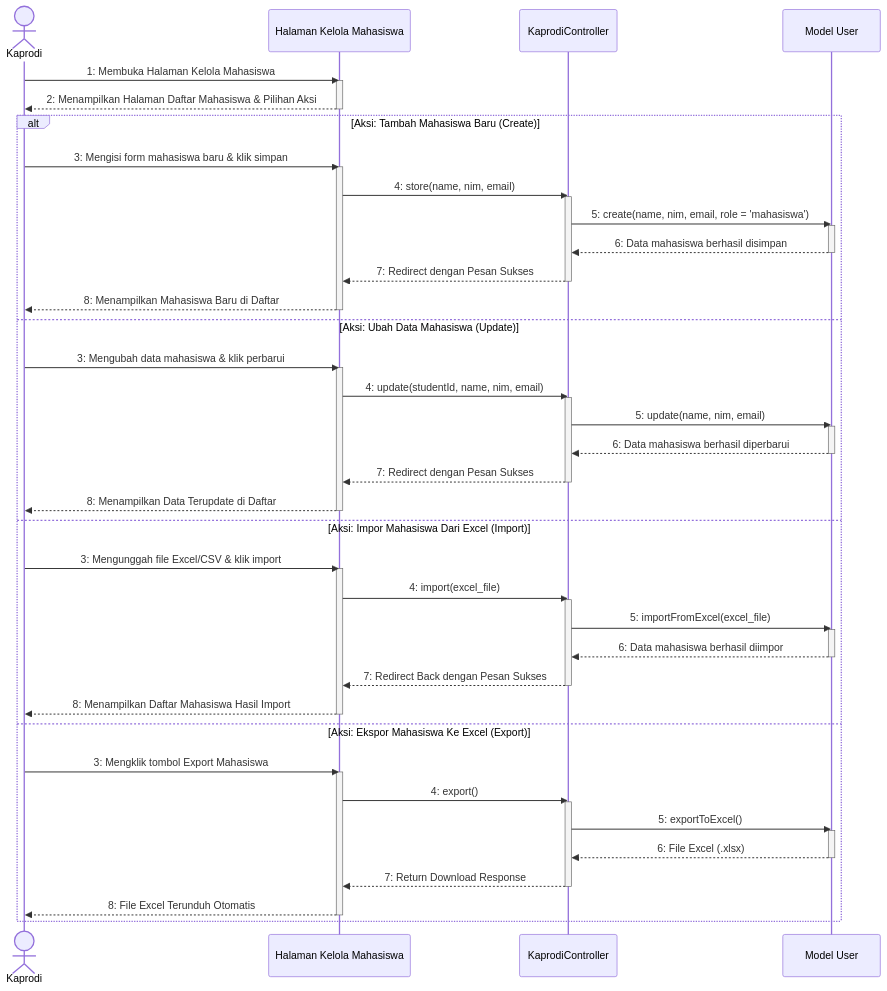
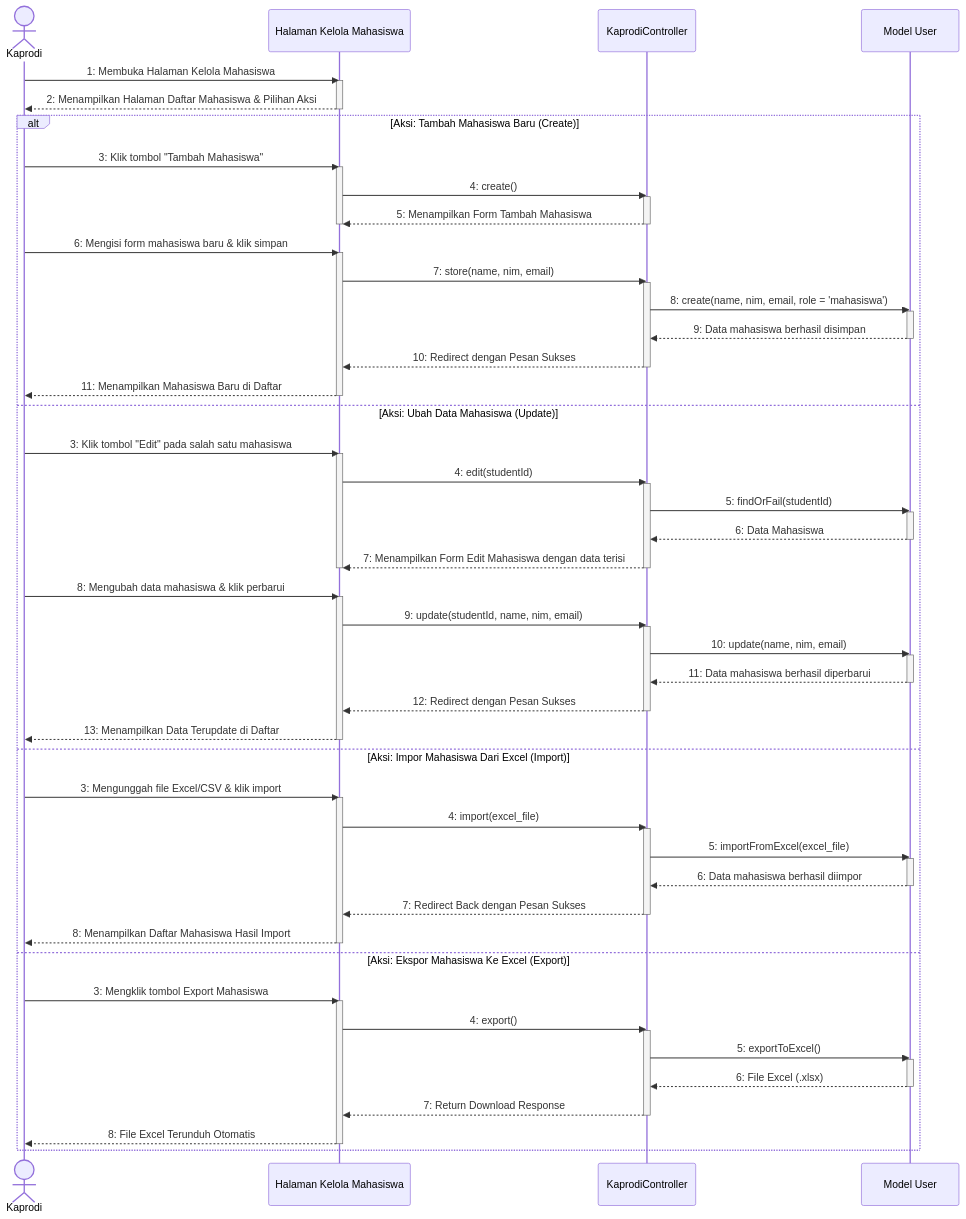
One commit to Duandi04/ta_submission changed the diagram in docs/uml/Sequence Diagram/Kaprodi/sequence_diagram_kelola_mahasiswa.md. Above: the diagram before and after it, drawn with Mermaid. The commit also changed 28 other files, not shown here.

Commit message:
refactor: implement program study settings and update UML documentation for Kaprodi configuration

```diff
--- a/docs/uml/Sequence Diagram/Kaprodi/sequence_diagram_kelola_mahasiswa.md
+++ b/docs/uml/Sequence Diagram/Kaprodi/sequence_diagram_kelola_mahasiswa.md
@@ -21,31 +21,51 @@
     %% TAHAP LANJUTAN: PILIHAN TINDAKAN (ALT BLOCK)
     %% ==========================================
     alt Aksi: Tambah Mahasiswa Baru (Create)
-        Kaprodi->>UI: 3: Mengisi form mahasiswa baru & klik simpan
+        Kaprodi->>UI: 3: Klik tombol "Tambah Mahasiswa"
         activate UI
-        UI->>Ctrl: 4: store(name, nim, email)
+        UI->>Ctrl: 4: create()
         activate Ctrl
-        Ctrl->>Model: 5: create(name, nim, email, role = 'mahasiswa')
+        Ctrl-->>UI: 5: Menampilkan Form Tambah Mahasiswa
+        deactivate Ctrl
+        deactivate UI
+        
+        Kaprodi->>UI: 6: Mengisi form mahasiswa baru & klik simpan
+        activate UI
+        UI->>Ctrl: 7: store(name, nim, email)
+        activate Ctrl
+        Ctrl->>Model: 8: create(name, nim, email, role = 'mahasiswa')
         activate Model
-        Model-->>Ctrl: 6: Data mahasiswa berhasil disimpan
+        Model-->>Ctrl: 9: Data mahasiswa berhasil disimpan
         deactivate Model
-        Ctrl-->>UI: 7: Redirect dengan Pesan Sukses
+        Ctrl-->>UI: 10: Redirect dengan Pesan Sukses
         deactivate Ctrl
-        UI-->>Kaprodi: 8: Menampilkan Mahasiswa Baru di Daftar
+        UI-->>Kaprodi: 11: Menampilkan Mahasiswa Baru di Daftar
         deactivate UI
 
     else Aksi: Ubah Data Mahasiswa (Update)
-        Kaprodi->>UI: 3: Mengubah data mahasiswa & klik perbarui
+        Kaprodi->>UI: 3: Klik tombol "Edit" pada salah satu mahasiswa
         activate UI
-        UI->>Ctrl: 4: update(studentId, name, nim, email)
+        UI->>Ctrl: 4: edit(studentId)
         activate Ctrl
-        Ctrl->>Model: 5: update(name, nim, email)
+        Ctrl->>Model: 5: findOrFail(studentId)
         activate Model
-        Model-->>Ctrl: 6: Data mahasiswa berhasil diperbarui
+        Model-->>Ctrl: 6: Data Mahasiswa
         deactivate Model
-        Ctrl-->>UI: 7: Redirect dengan Pesan Sukses
+        Ctrl-->>UI: 7: Menampilkan Form Edit Mahasiswa dengan data terisi
         deactivate Ctrl
-        UI-->>Kaprodi: 8: Menampilkan Data Terupdate di Daftar
+        deactivate UI
+
+        Kaprodi->>UI: 8: Mengubah data mahasiswa & klik perbarui
+        activate UI
+        UI->>Ctrl: 9: update(studentId, name, nim, email)
+        activate Ctrl
+        Ctrl->>Model: 10: update(name, nim, email)
+        activate Model
+        Model-->>Ctrl: 11: Data mahasiswa berhasil diperbarui
+        deactivate Model
+        Ctrl-->>UI: 12: Redirect dengan Pesan Sukses
+        deactivate Ctrl
+        UI-->>Kaprodi: 13: Menampilkan Data Terupdate di Daftar
         deactivate UI
 
     else Aksi: Impor Mahasiswa Dari Excel (Import)
```
